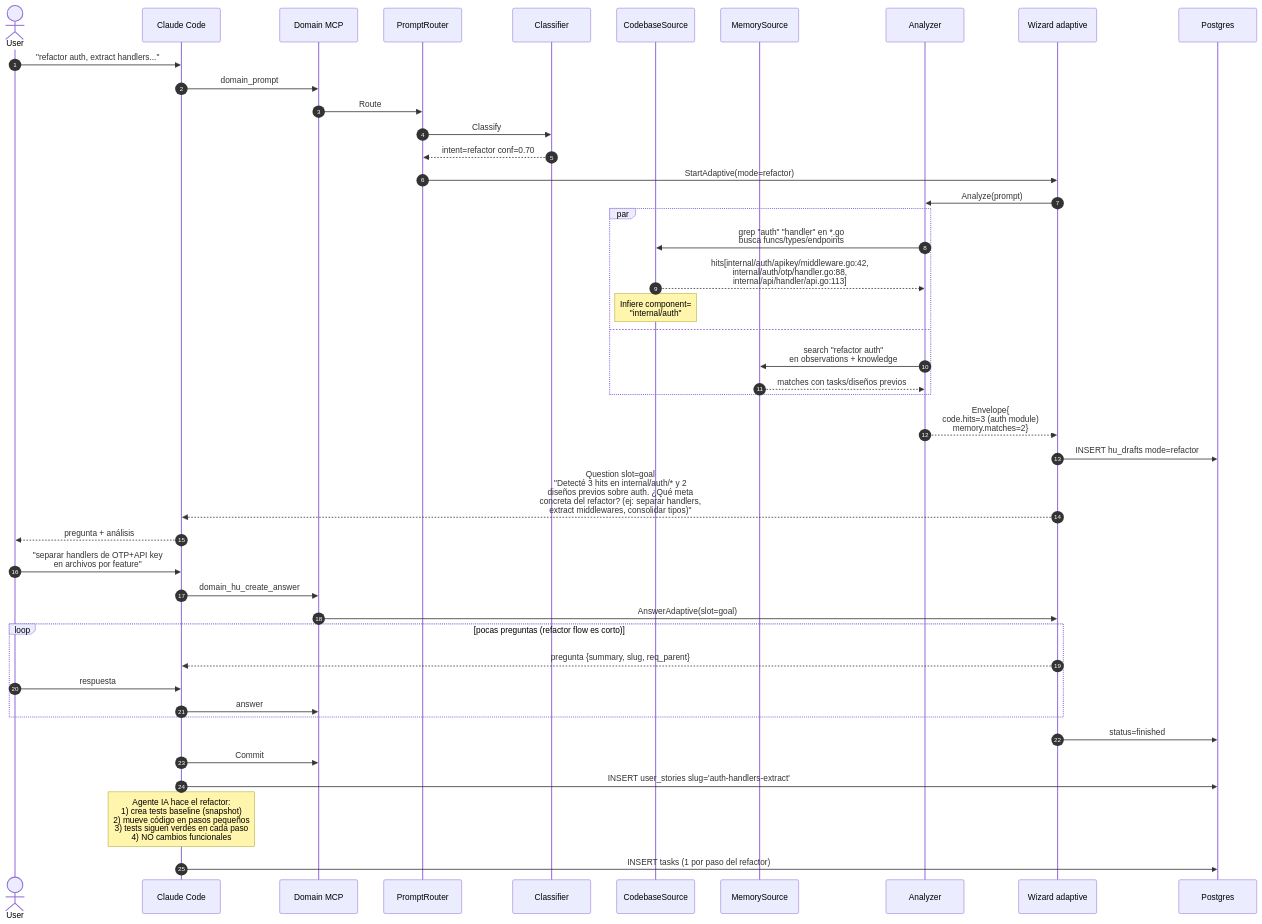
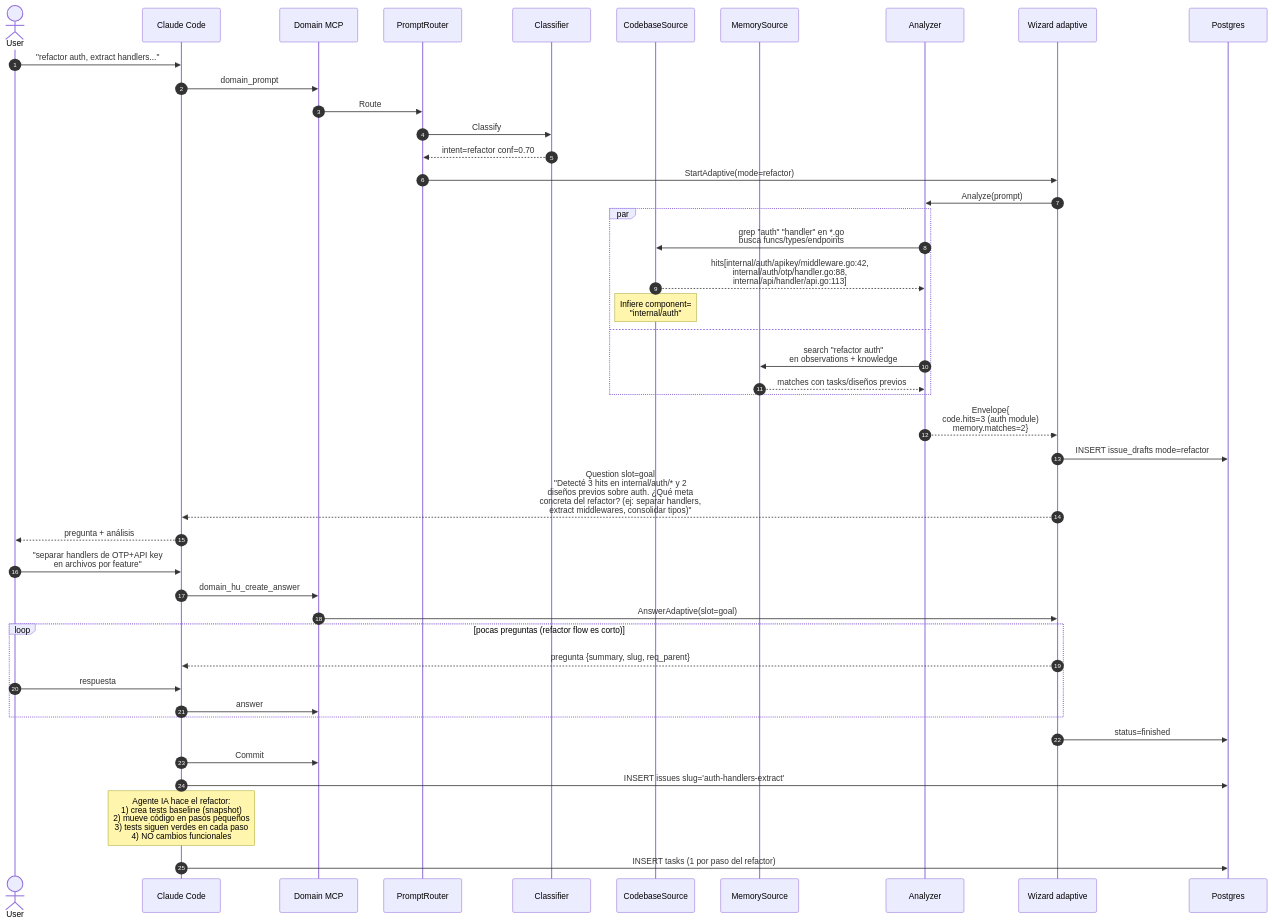
One commit to nunezlagos/domain changed the diagram in docs/flows/06-refactor.md. Above: the diagram before and after it, drawn with Mermaid. The commit also changed other lines of this file and 2368 other files, not shown here.

````diff
--- a/docs/flows/06-refactor.md
+++ b/docs/flows/06-refactor.md
@@ -14,56 +14,56 @@
 ```mermaid
 sequenceDiagram
     autonumber
     actor U as User
     participant Cli as Claude Code
     participant MCP as Domain MCP
     participant Router as PromptRouter
     participant Class as Classifier
     participant Code as CodebaseSource
     participant Memory as MemorySource
     participant Analyzer as Analyzer
     participant Wizard as Wizard adaptive
     participant BD as Postgres
 
     U->>Cli: "refactor auth, extract handlers..."
     Cli->>MCP: domain_prompt
     MCP->>Router: Route
     Router->>Class: Classify
     Class-->>Router: intent=refactor conf=0.70
 
     Router->>Wizard: StartAdaptive(mode=refactor)
     Wizard->>Analyzer: Analyze(prompt)
 
     par
         Analyzer->>Code: grep "auth" "handler" en *.go<br/>busca funcs/types/endpoints
         Code-->>Analyzer: hits[internal/auth/apikey/middleware.go:42,<br/>internal/auth/otp/handler.go:88,<br/>internal/api/handler/api.go:113]
         Note over Code: Infiere component=<br/>"internal/auth"
     and
         Analyzer->>Memory: search "refactor auth"<br/>en observations + knowledge
         Memory-->>Analyzer: matches con tasks/diseños previos
     end
 
     Analyzer-->>Wizard: Envelope{<br/> code.hits=3 (auth module)<br/> memory.matches=2}
 
-    Wizard->>BD: INSERT hu_drafts mode=refactor
+    Wizard->>BD: INSERT issue_drafts mode=refactor
 
     Wizard-->>Cli: Question slot=goal<br/>"Detecté 3 hits en internal/auth/* y 2<br/>diseños previos sobre auth. ¿Qué meta<br/>concreta del refactor? (ej: separar handlers,<br/>extract middlewares, consolidar tipos)"
 
     Cli-->>U: pregunta + análisis
     U->>Cli: "separar handlers de OTP+API key<br/>en archivos por feature"
     Cli->>MCP: domain_hu_create_answer
     MCP->>Wizard: AnswerAdaptive(slot=goal)
 
     loop pocas preguntas (refactor flow es corto)
         Wizard-->>Cli: pregunta {summary, slug, req_parent}
         U->>Cli: respuesta
         Cli->>MCP: answer
     end
 
     Wizard->>BD: status=finished
     Cli->>MCP: Commit
-    Cli->>BD: INSERT user_stories slug='auth-handlers-extract'
+    Cli->>BD: INSERT issues slug='auth-handlers-extract'
 
     Note over Cli: Agente IA hace el refactor:<br/>1) crea tests baseline (snapshot)<br/>2) mueve código en pasos pequeños<br/>3) tests siguen verdes en cada paso<br/>4) NO cambios funcionales
     Cli->>BD: INSERT tasks (1 por paso del refactor)
 ```
````
